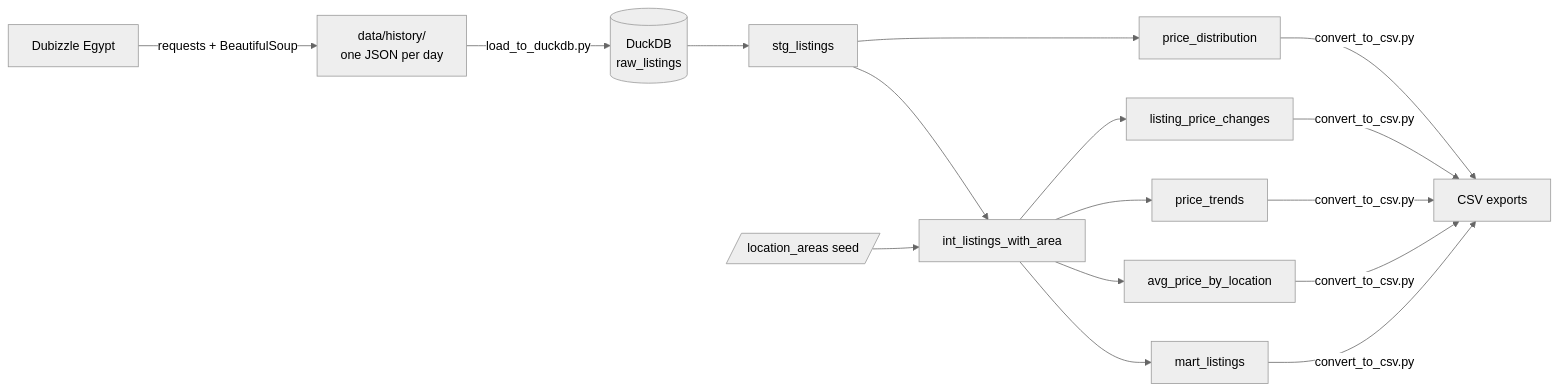
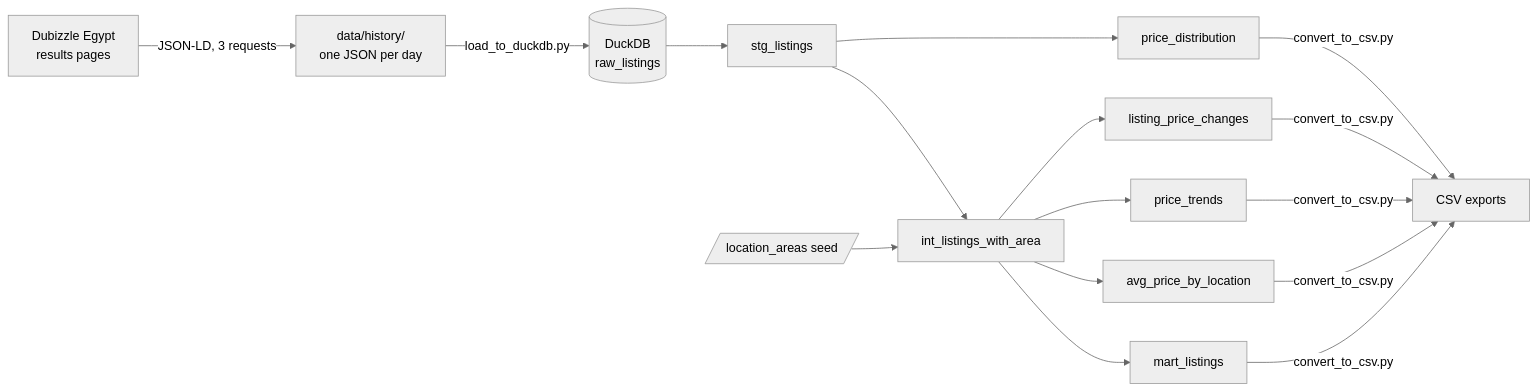
Before and after one commit to GigiMW/egypt-realestate-pipeline: the diagram in README.md, drawn with Mermaid (neutral theme). The commit also changed other lines of this file and 8 other files, not shown here.

First line of the commit message:
Read listings from results-page structured data

````diff
--- a/README.md
+++ b/README.md
@@ -13,14 +13,14 @@
 ```mermaid
 flowchart LR
-    A[Dubizzle Egypt] -->|requests + BeautifulSoup| B[data/history/<br/>one JSON per day]
+    A[Dubizzle Egypt<br/>results pages] -->|JSON-LD, 3 requests| B[data/history/<br/>one JSON per day]
     B -->|load_to_duckdb.py| C[(DuckDB<br/>raw_listings)]
     C --> D[stg_listings]
     S[/location_areas seed/] --> I
     D --> I[int_listings_with_area]
     I --> E[mart_listings]
     I --> F[avg_price_by_location]
     D --> G[price_distribution]
     I --> T[price_trends]
     I --> P[listing_price_changes]
     E & F & G & T & P -->|convert_to_csv.py| H[CSV exports]
 ```
````
